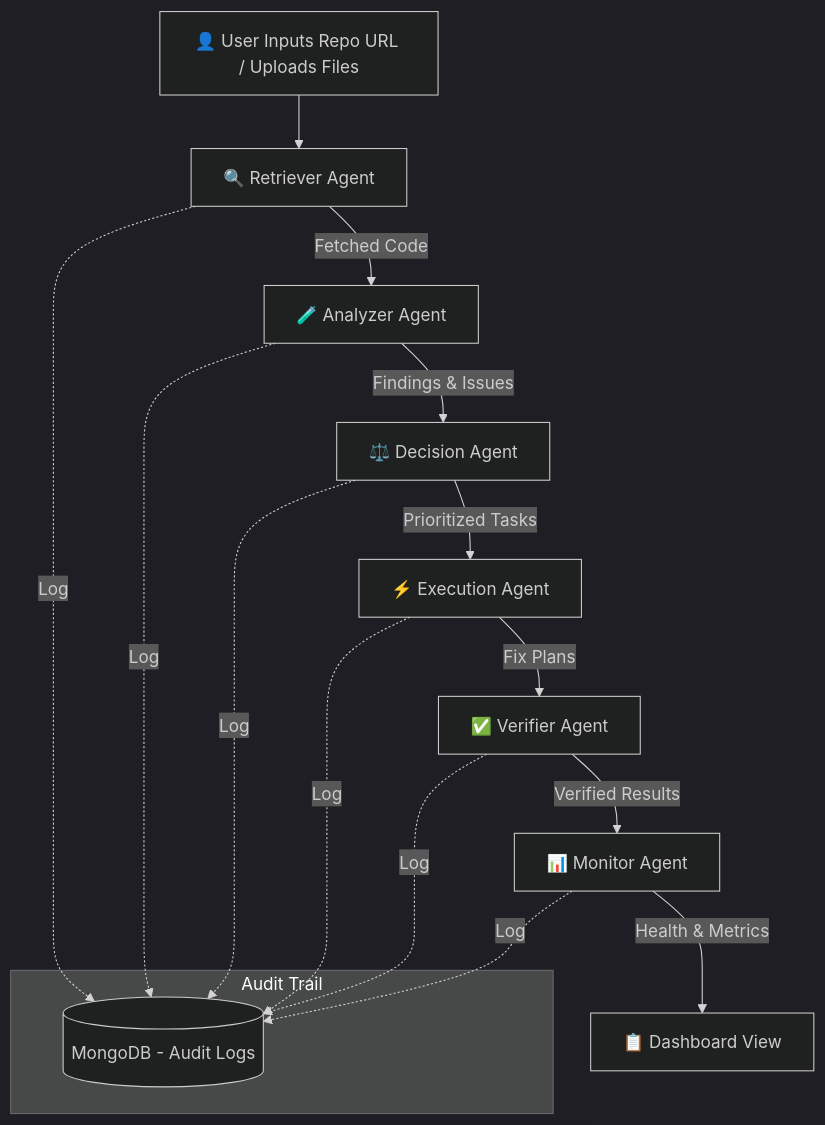
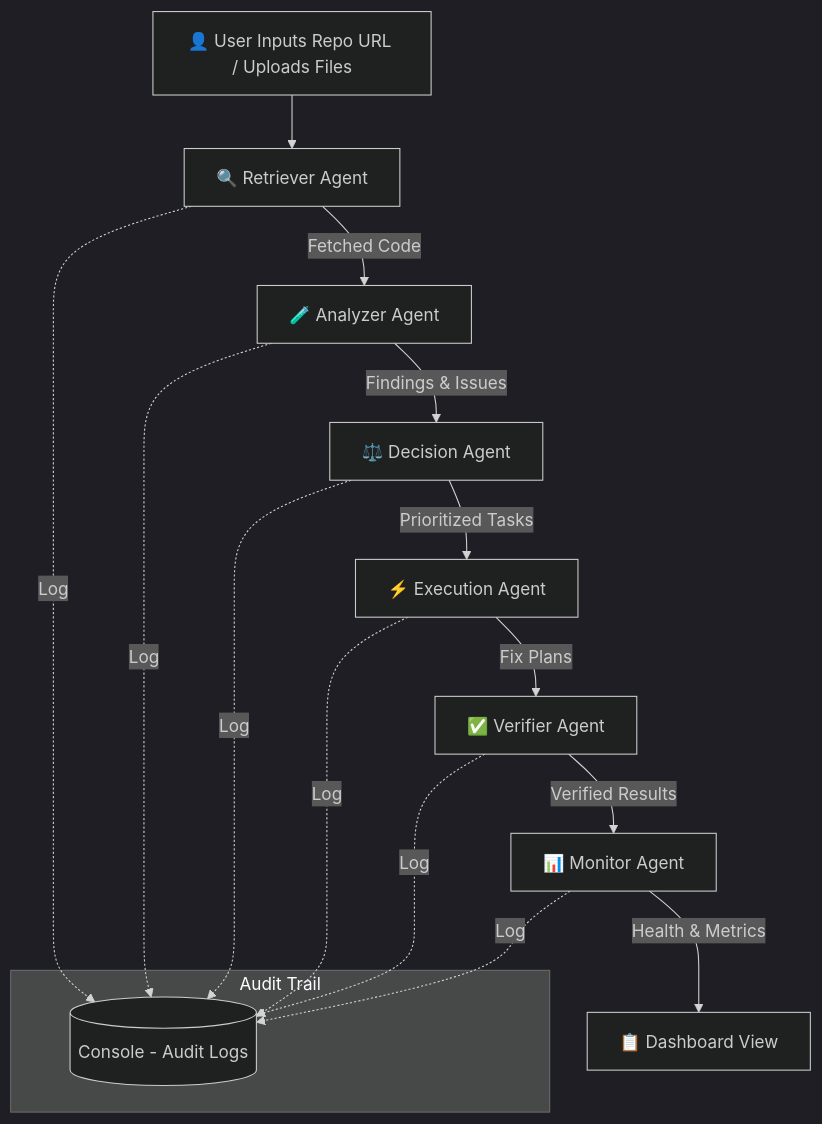
One commit to pranavpant9916-ctrl/GenAI-ET-hackathon changed the diagram in README.md. Above: the diagram before and after it, drawn with Mermaid (dark theme). The commit also changed other lines of this file, not shown here.

First line of the commit message:
Replace MongoDB with console for audit logging

````diff
--- a/README.md
+++ b/README.md
@@ -122,21 +121,21 @@
 ```mermaid
 flowchart TD
     A[👤 User Inputs Repo URL / Uploads Files] --> B[🔍 Retriever Agent]
     B -->|Fetched Code| C[🧪 Analyzer Agent]
     C -->|Findings & Issues| D[⚖️ Decision Agent]
     D -->|Prioritized Tasks| E[⚡ Execution Agent]
     E -->|Fix Plans| F[✅ Verifier Agent]
     F -->|Verified Results| G[📊 Monitor Agent]
     G -->|Health & Metrics| H[📋 Dashboard View]
     
     subgraph Audit Trail
-        I[(MongoDB - Audit Logs)]
+        I[(Console - Audit Logs)]
     end
     
     B -.->|Log| I
     C -.->|Log| I
     D -.->|Log| I
     E -.->|Log| I
     F -.->|Log| I
     G -.->|Log| I
 ```
````
